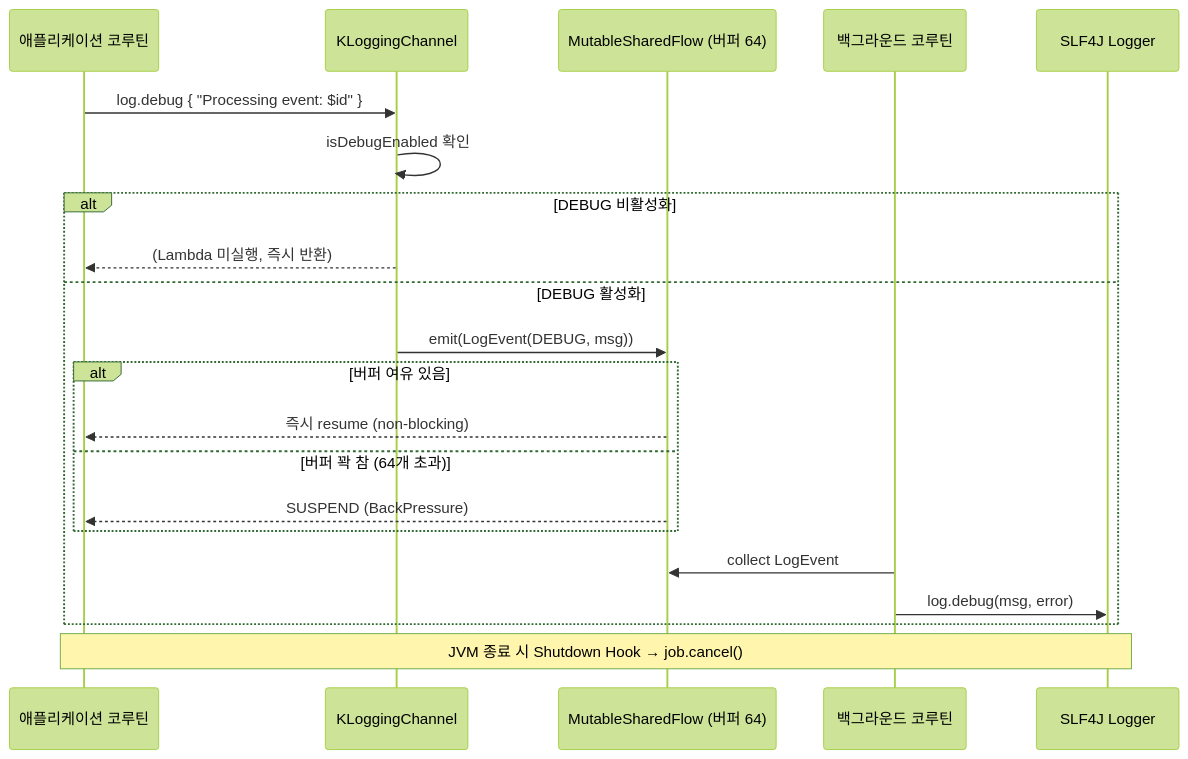
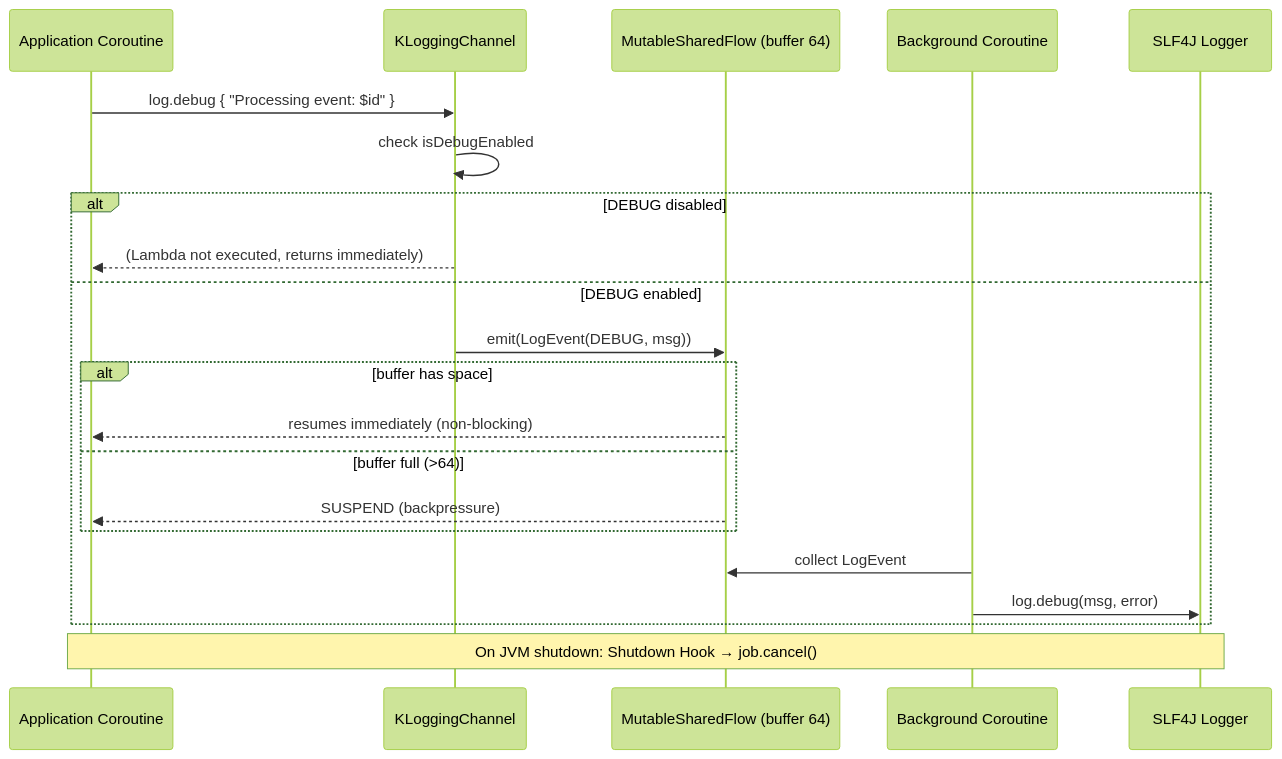
One commit to bluetape4k/bluetape4k-projects changed the third of 3 diagrams in bluetape4k/logging/README.md. Above: the diagram before and after it, drawn with Mermaid (forest theme). The commit also changed other lines of this file and 265 other files, not shown here.

````diff
--- a/bluetape4k/logging/README.md
+++ b/bluetape4k/logging/README.md
@@ -112,25 +114,25 @@
 ```mermaid
 sequenceDiagram
-    participant App as 애플리케이션 코루틴
+    participant App as Application Coroutine
     participant CH as KLoggingChannel
-    participant SF as MutableSharedFlow (버퍼 64)
-    participant BG as 백그라운드 코루틴
+    participant SF as MutableSharedFlow (buffer 64)
+    participant BG as Background Coroutine
     participant SLF as SLF4J Logger
 
     App->>CH: log.debug { "Processing event: $id" }
-    CH->>CH: isDebugEnabled 확인
-    alt DEBUG 비활성화
-        CH-->>App: (Lambda 미실행, 즉시 반환)
-    else DEBUG 활성화
+    CH->>CH: check isDebugEnabled
+    alt DEBUG disabled
+        CH-->>App: (Lambda not executed, returns immediately)
+    else DEBUG enabled
         CH->>SF: emit(LogEvent(DEBUG, msg))
-        alt 버퍼 여유 있음
-            SF-->>App: 즉시 resume (non-blocking)
-        else 버퍼 꽉 참 (64개 초과)
-            SF-->>App: SUSPEND (BackPressure)
+        alt buffer has space
+            SF-->>App: resumes immediately (non-blocking)
+        else buffer full (>64)
+            SF-->>App: SUSPEND (backpressure)
         end
         BG->>SF: collect LogEvent
         BG->>SLF: log.debug(msg, error)
     end
 
-    Note over App,SLF: JVM 종료 시 Shutdown Hook → job.cancel()
+    Note over App,SLF: On JVM shutdown: Shutdown Hook → job.cancel()
 ```
````
